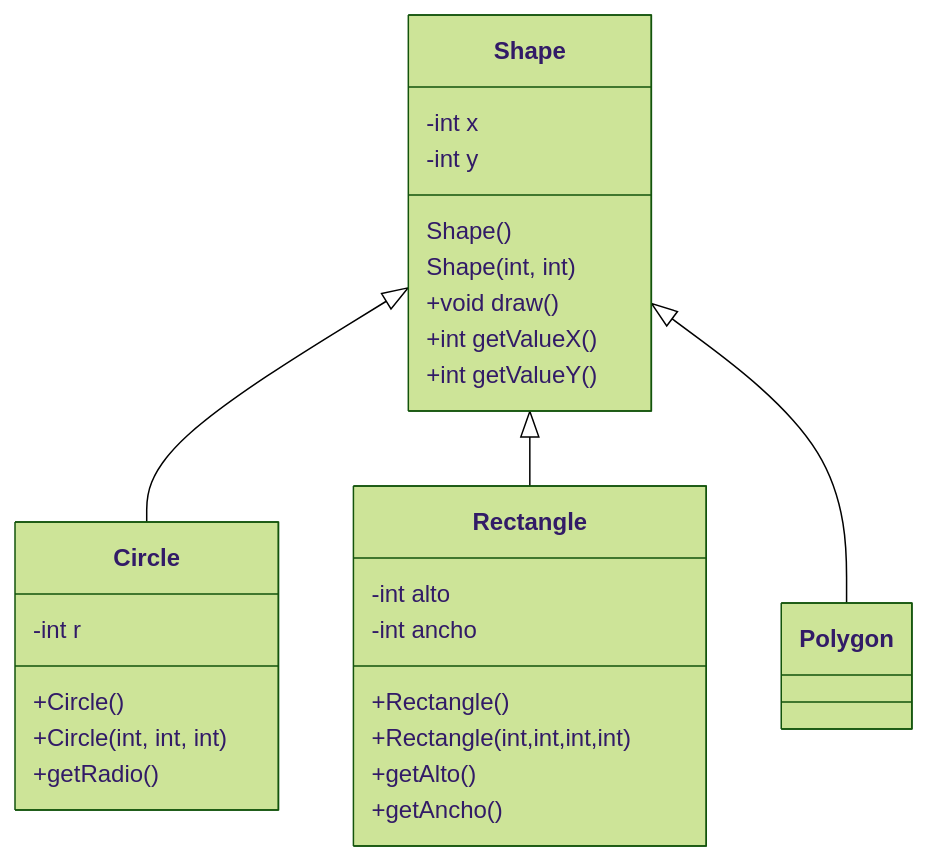
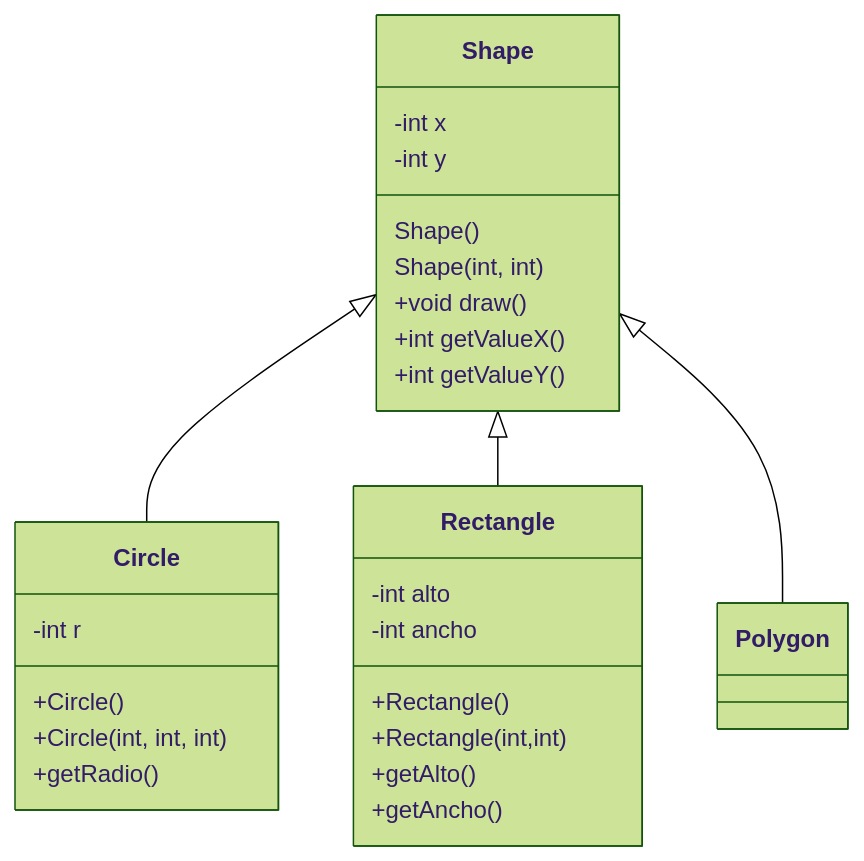
Before and after one commit to A01742102FerPerez/TC1030.cpp.herencia: the first of 2 diagrams in assignments/01-ShapeCircleRectanglePolygon/README.md, drawn with Mermaid (forest theme).

````diff
--- a/assignments/01-ShapeCircleRectanglePolygon/README.md
+++ b/assignments/01-ShapeCircleRectanglePolygon/README.md
@@ -5,31 +5,31 @@
 ```mermaid
 classDiagram
       Shape <|-- Circle
       Shape <|-- Rectangle
       Shape <|-- Polygon
       Shape:-int x
       Shape:-int y
       Shape:Shape()
       Shape:Shape(int, int)
       Shape:+void draw()
       Shape:+int getValueX()
       Shape:+int getValueY()
       class Circle {
         -int r
         +Circle()
         +Circle(int, int, int)
         +getRadio()
       }
       class Rectangle {  
             -int alto
             -int ancho
             +Rectangle()
-            +Rectangle(int,int,int,int)
+            +Rectangle(int,int)
             +getAlto()
             +getAncho()    
       }
       class Polygon {
       }
         
 
 ```
````
